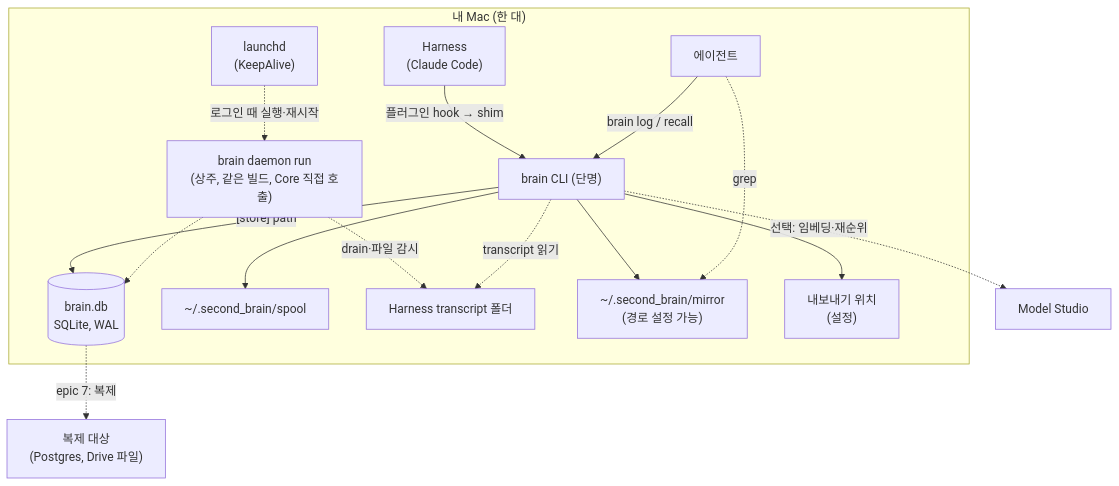
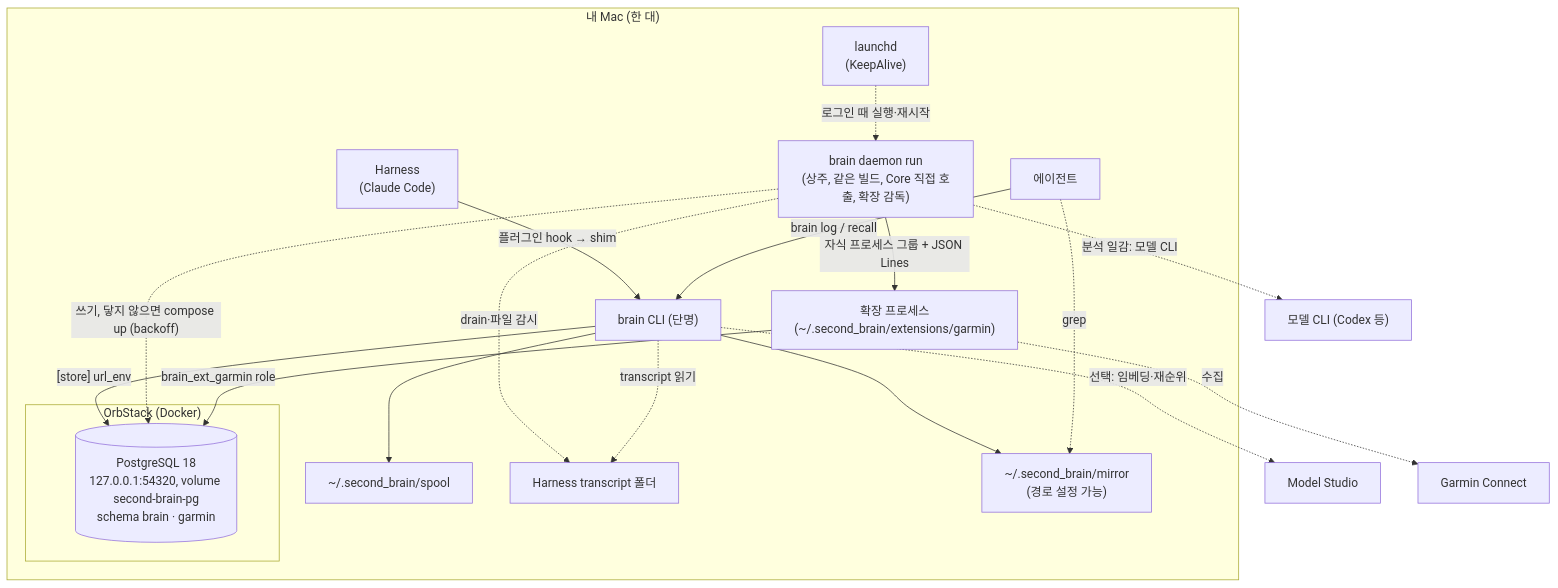
One commit to gmae199boy/second-brain changed the fourth of 4 diagrams in _bmad-output/personal-brain/architecture-brain-v1-slice-1/architecture-brain-v1-slice-1.md. Above: the diagram before and after it, drawn with Mermaid. The commit also changed other lines of this file and 8 other files, not shown here.

First line of the commit message:
docs: update the architecture spine for the single PostgreSQL store and extensions

````diff
--- a/_bmad-output/personal-brain/architecture-brain-v1-slice-1/architecture-brain-v1-slice-1.md
+++ b/_bmad-output/personal-brain/architecture-brain-v1-slice-1/architecture-brain-v1-slice-1.md
@@ -560,18 +692,23 @@
 ```mermaid
 flowchart TB
   subgraph mac["내 Mac (한 대)"]
+    subgraph orb["OrbStack (Docker)"]
+      db[("PostgreSQL 18<br/>127.0.0.1:54320, volume second-brain-pg<br/>schema brain · garmin")]
+    end
     harness["Harness<br/>(Claude Code)"] -- "플러그인 hook → shim" --> brain["brain CLI (단명)"]
     agent["에이전트"] -- "brain log / recall" --> brain
-    brain -- "[store] path" --> db[("brain.db<br/>SQLite, WAL")]
+    brain -- "[store] url_env" --> db
     brain --> spool["~/.second_brain/spool"]
-    launchd["launchd<br/>(KeepAlive)"] -. "로그인 때 실행·재시작" .-> daemon["brain daemon run<br/>(상주, 같은 빌드, Core 직접 호출)"]
+    launchd["launchd<br/>(KeepAlive)"] -. "로그인 때 실행·재시작" .-> daemon["brain daemon run<br/>(상주, 같은 빌드, Core 직접 호출, 확장 감독)"]
     daemon -. "drain·파일 감시" .-> tr
-    daemon -.-> db
+    daemon -. "쓰기, 닿지 않으면 compose up (backoff)" .-> db
+    daemon -- "자식 프로세스 그룹 + JSON Lines" --> ext["확장 프로세스<br/>(~/.second_brain/extensions/garmin)"]
+    ext -- "brain_ext_garmin role" --> db
     brain --> mirror["~/.second_brain/mirror<br/>(경로 설정 가능)"]
-    brain --> exp["내보내기 위치<br/>(설정)"]
     brain -. "transcript 읽기" .-> tr["Harness transcript 폴더"]
     agent -. "grep" .-> mirror
   end
   brain -. "선택: 임베딩·재순위" .-> ms["Model Studio"]
-  db -. "epic 7: 복제" .-> rep["복제 대상<br/>(Postgres, Drive 파일)"]
+  ext -. "수집" .-> garmin["Garmin Connect"]
+  daemon -. "분석 일감: 모델 CLI" .-> model["모델 CLI (Codex 등)"]
 ```
````
